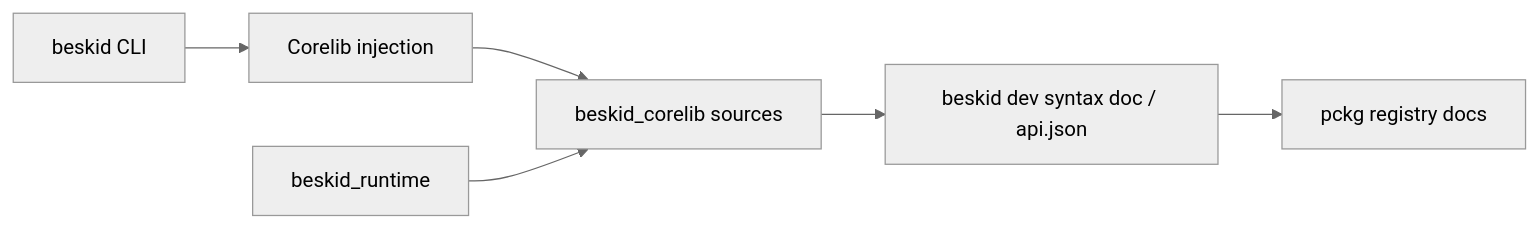
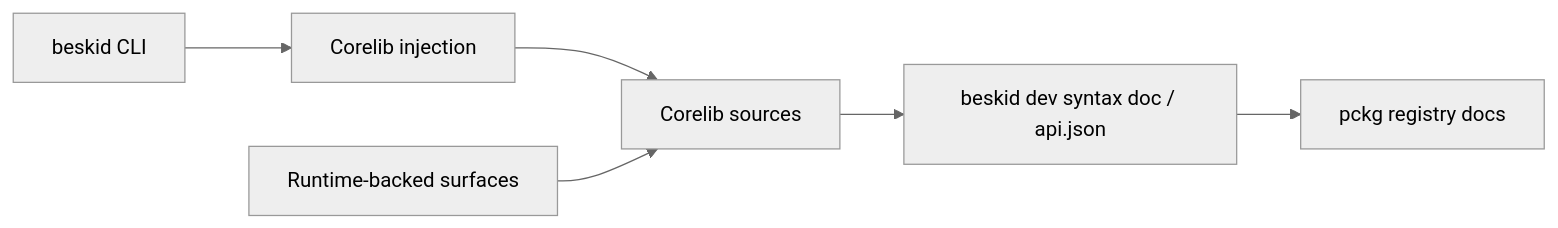
One commit to Cyber-Nomad-Collective/beskid changed the first of 2 diagrams in site/website/src/content/docs/book/16-corelib-batteries-with-opinions/index.mdx. Above: the diagram before and after it, drawn with Mermaid (neutral theme). The commit also changed other lines of this file and 60 other files, not shown here.

````diff
--- a/site/website/src/content/docs/book/16-corelib-batteries-with-opinions/index.mdx
+++ b/site/website/src/content/docs/book/16-corelib-batteries-with-opinions/index.mdx
@@ -28,8 +28,10 @@
 ```mermaid
 flowchart LR
+  accTitle: Corelib delivery
+  accDescr: The CLI injects corelib sources, doc generation produces api.json for pckg registry docs, and runtime-backed surfaces feed the same sources.
   CLI[beskid CLI] --> inj[Corelib injection]
-  inj --> src[beskid_corelib sources]
+  inj --> src[Corelib sources]
   src --> doc[beskid dev syntax doc / api.json]
   doc --> pckg[pckg registry docs]
-  runtime[beskid_runtime] --> src
+  runtime[Runtime-backed surfaces] --> src
 ```
````
